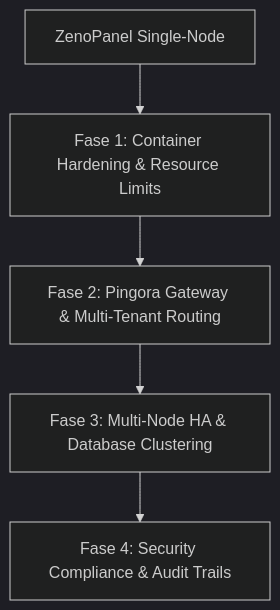
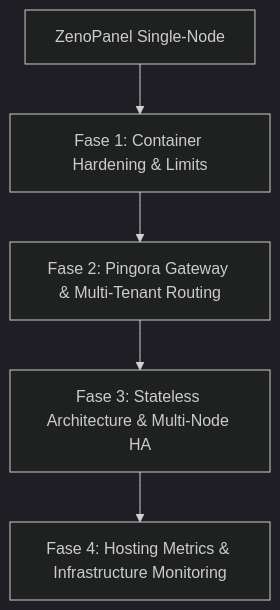
Before and after one commit to nextcore/zenopanel: the diagram in plan.md, drawn with Mermaid (dark theme). The commit also changed other lines of this file, not shown here.

Commit message:
docs: update roadmap to reflect completed phases and revised platform architecture goals

````diff
--- a/plan.md
+++ b/plan.md
@@ -9,7 +9,7 @@
 ```mermaid
 graph TD
-    A[ZenoPanel Single-Node] --> B[Fase 1: Container Hardening & Resource Limits]
+    A[ZenoPanel Single-Node] --> B[Fase 1: Container Hardening & Limits]
     B --> C[Fase 2: Pingora Gateway & Multi-Tenant Routing]
-    C --> D[Fase 3: Multi-Node HA & Database Clustering]
-    D --> E[Fase 4: Security Compliance & Audit Trails]
+    C --> D[Fase 3: Stateless Architecture & Multi-Node HA]
+    D --> E[Fase 4: Hosting Metrics & Infrastructure Monitoring]
 ```
````
